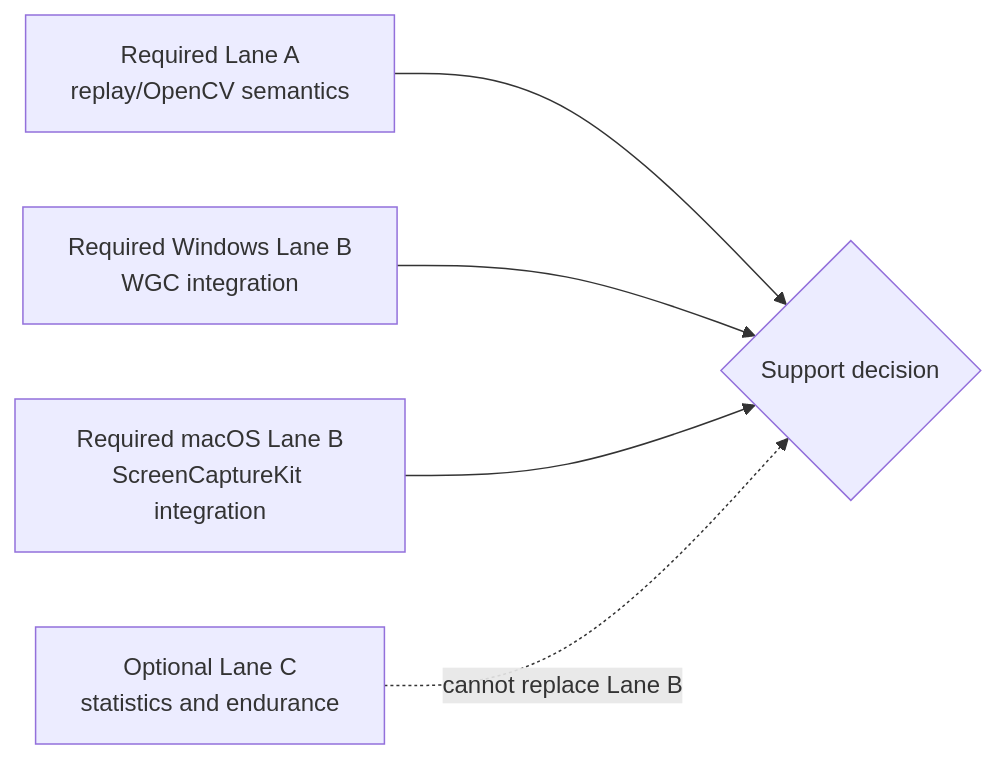
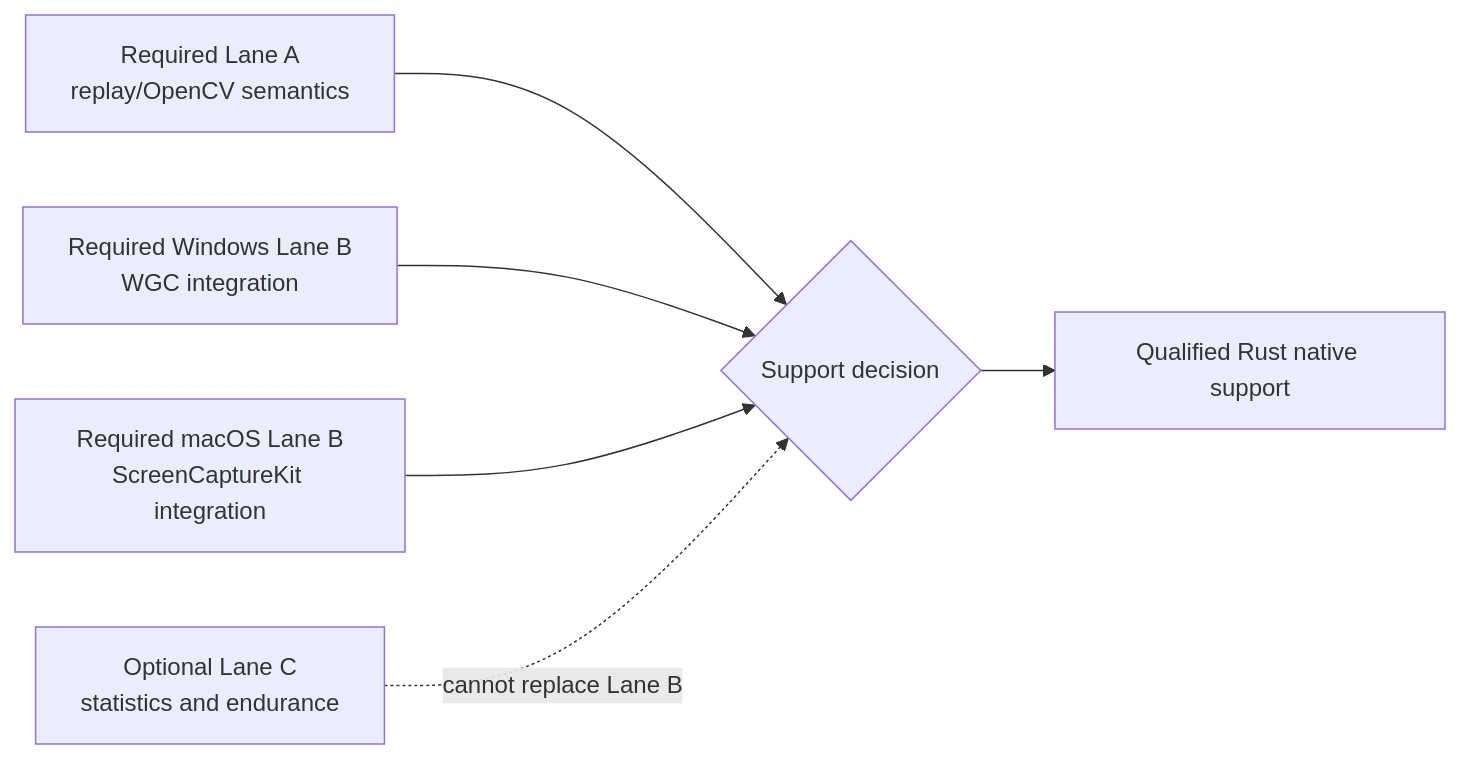
Before and after one commit to pashifika/mado-pilot: the first of 2 diagrams in docs/native-template-watch.md, drawn with Mermaid. The commit also changed other lines of this file and 3 other files, not shown here.

Commit message:
docs(qualification): promote native watcher support

````diff
--- a/docs/native-template-watch.md
+++ b/docs/native-template-watch.md
@@ -34,7 +49,8 @@
 ```mermaid
 flowchart LR
     A[Required Lane A<br/>replay/OpenCV semantics] --> S{Support decision}
     BW[Required Windows Lane B<br/>WGC integration] --> S
     BM[Required macOS Lane B<br/>ScreenCaptureKit integration] --> S
     C[Optional Lane C<br/>statistics and endurance] -. cannot replace Lane B .-> S
+    S --> Q[Qualified Rust native support]
 ```
````
